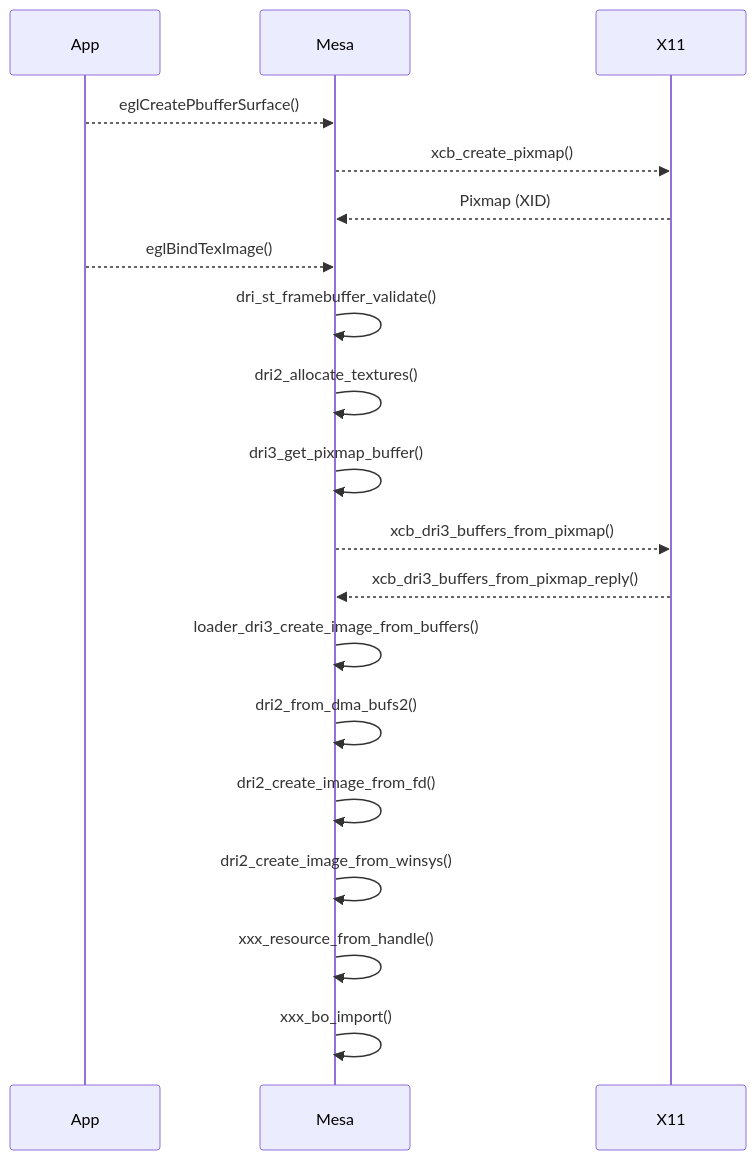
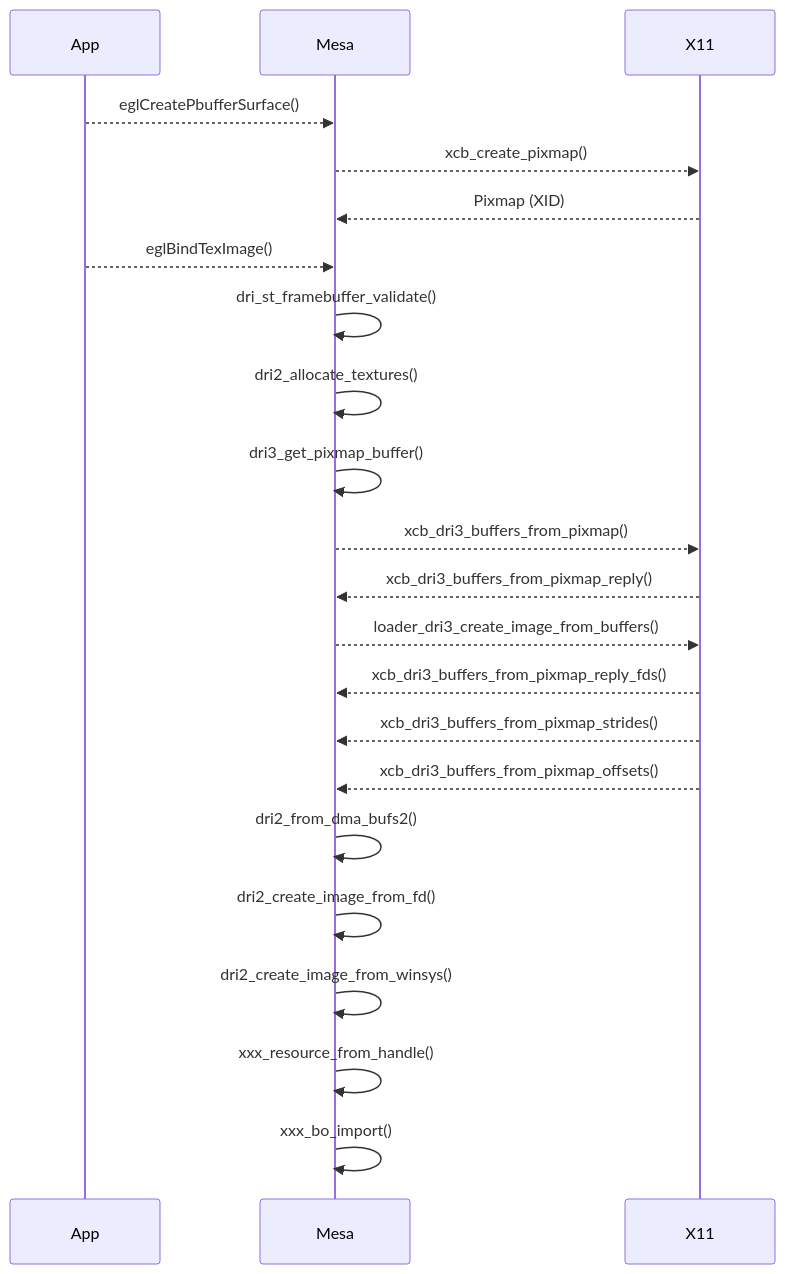
One commit to lucmann/lucmann.github.io changed the diagram in source/_posts/gfx/dri.md. Above: the diagram before and after it, drawn with Mermaid. The commit also changed 1 other file, not shown here.

Commit message:
gfx: dri/mesa-glx

````diff
--- a/source/_posts/gfx/dri.md
+++ b/source/_posts/gfx/dri.md
@@ -30,22 +30,25 @@
 ```mermaid
 sequenceDiagram
     participant App
     participant Mesa
     participant X11
 
     App-->>Mesa: eglCreatePbufferSurface()
     Mesa-->>X11: xcb_create_pixmap()
     X11-->>Mesa: Pixmap (XID)
     App-->>Mesa: eglBindTexImage()
     Mesa->>Mesa: dri_st_framebuffer_validate()
     Mesa->>Mesa: dri2_allocate_textures()
     Mesa->>Mesa: dri3_get_pixmap_buffer()
     Mesa-->>X11: xcb_dri3_buffers_from_pixmap()
     X11-->>Mesa: xcb_dri3_buffers_from_pixmap_reply()
-    Mesa->>Mesa: loader_dri3_create_image_from_buffers()
+    Mesa-->>X11: loader_dri3_create_image_from_buffers()
+    X11-->>Mesa: xcb_dri3_buffers_from_pixmap_reply_fds()
+    X11-->>Mesa: xcb_dri3_buffers_from_pixmap_strides()
+    X11-->>Mesa: xcb_dri3_buffers_from_pixmap_offsets()
     Mesa->>Mesa: dri2_from_dma_bufs2()
     Mesa->>Mesa: dri2_create_image_from_fd()
     Mesa->>Mesa: dri2_create_image_from_winsys()
     Mesa->>Mesa: xxx_resource_from_handle()
     Mesa->>Mesa: xxx_bo_import()
 ```
````
